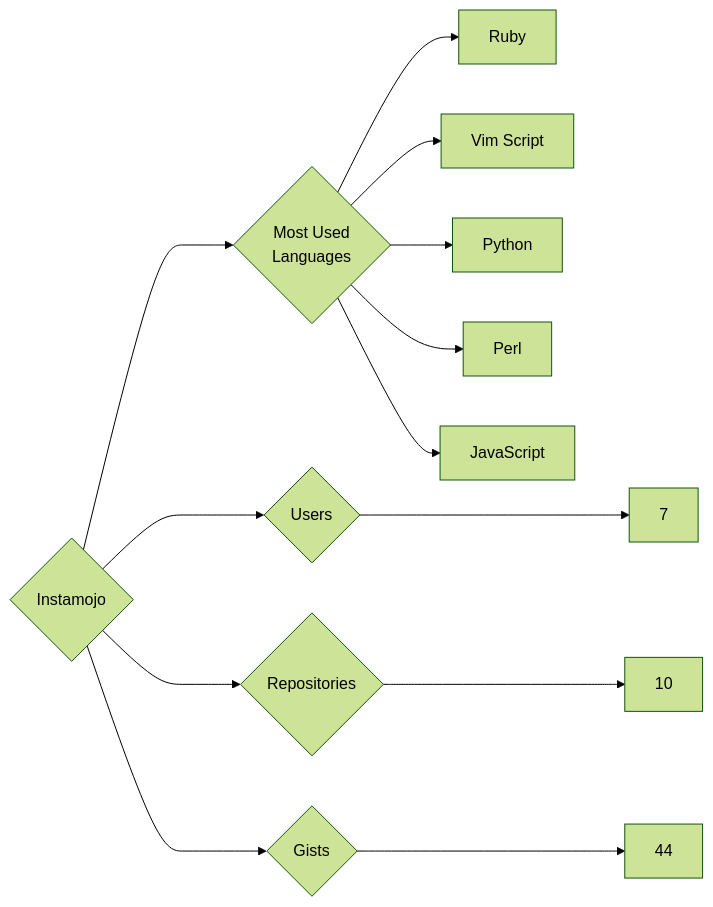
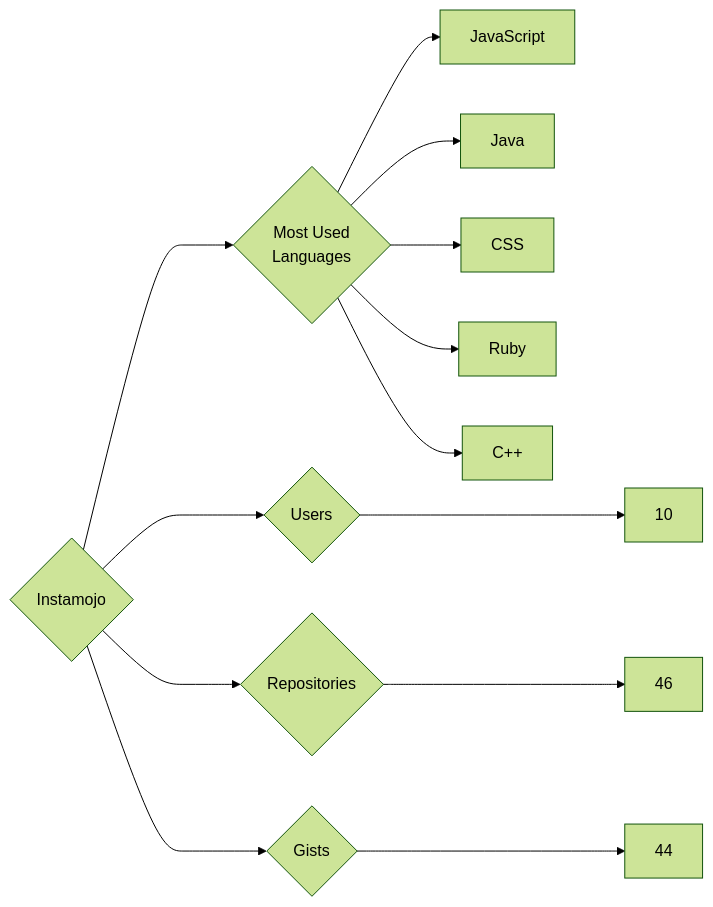
The diagram in targets/Instamojo/README.md (trickest/insiders), drawn with Mermaid (forest theme) before and after one commit. The commit also changed 618 other files, not shown here.

````diff
--- a/targets/Instamojo/README.md
+++ b/targets/Instamojo/README.md
@@ -3,13 +3,13 @@
 ```mermaid
 graph LR
 COMPANY_NAME{Instamojo}
-COMPANY_NAME ---> U{Users} ---> UN[7]
-COMPANY_NAME ---> R{Repositories} ---> RN[10]
+COMPANY_NAME ---> U{Users} ---> UN[10]
+COMPANY_NAME ---> R{Repositories} ---> RN[46]
 COMPANY_NAME ---> G{Gists} ---> GN[44]
 COMPANY_NAME ---> ML{Most Used<br>Languages}
+ML --> JavaScript[JavaScript]
+ML --> Java[Java]
+ML --> CSS[CSS]
 ML --> Ruby[Ruby]
-ML --> Vim_Script[Vim Script]
-ML --> Python[Python]
-ML --> Perl[Perl]
-ML --> JavaScript[JavaScript]
+ML --> C++[C++]
 ```
````
